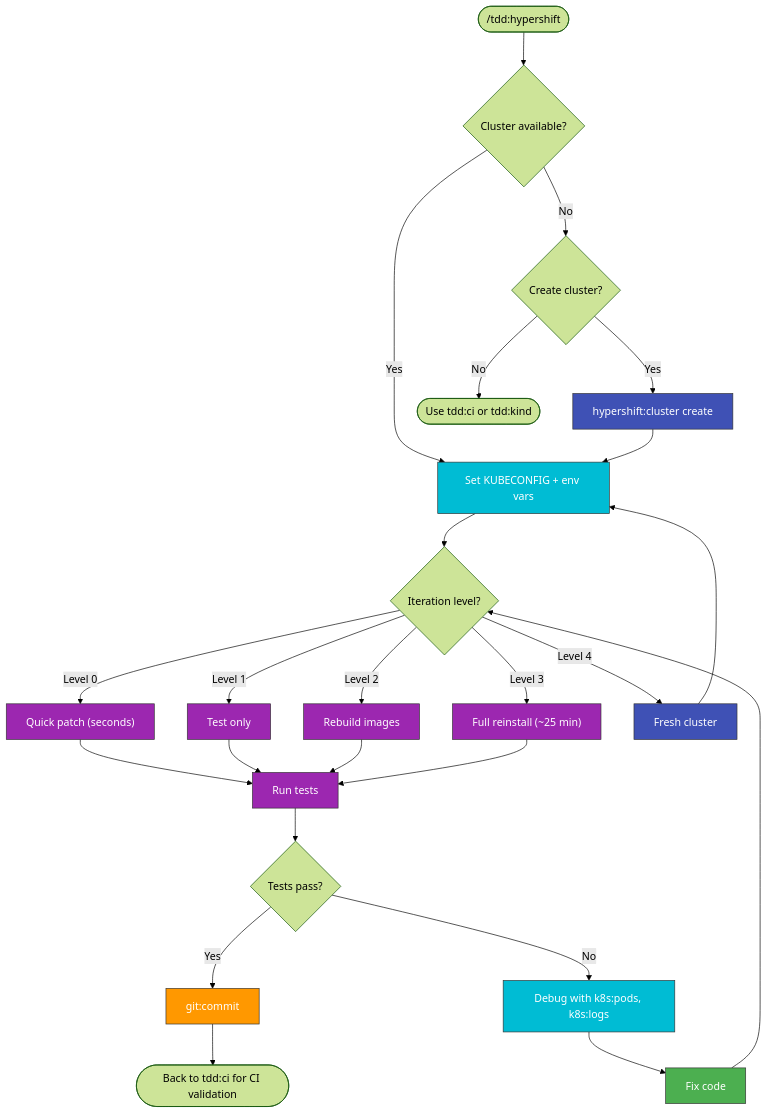
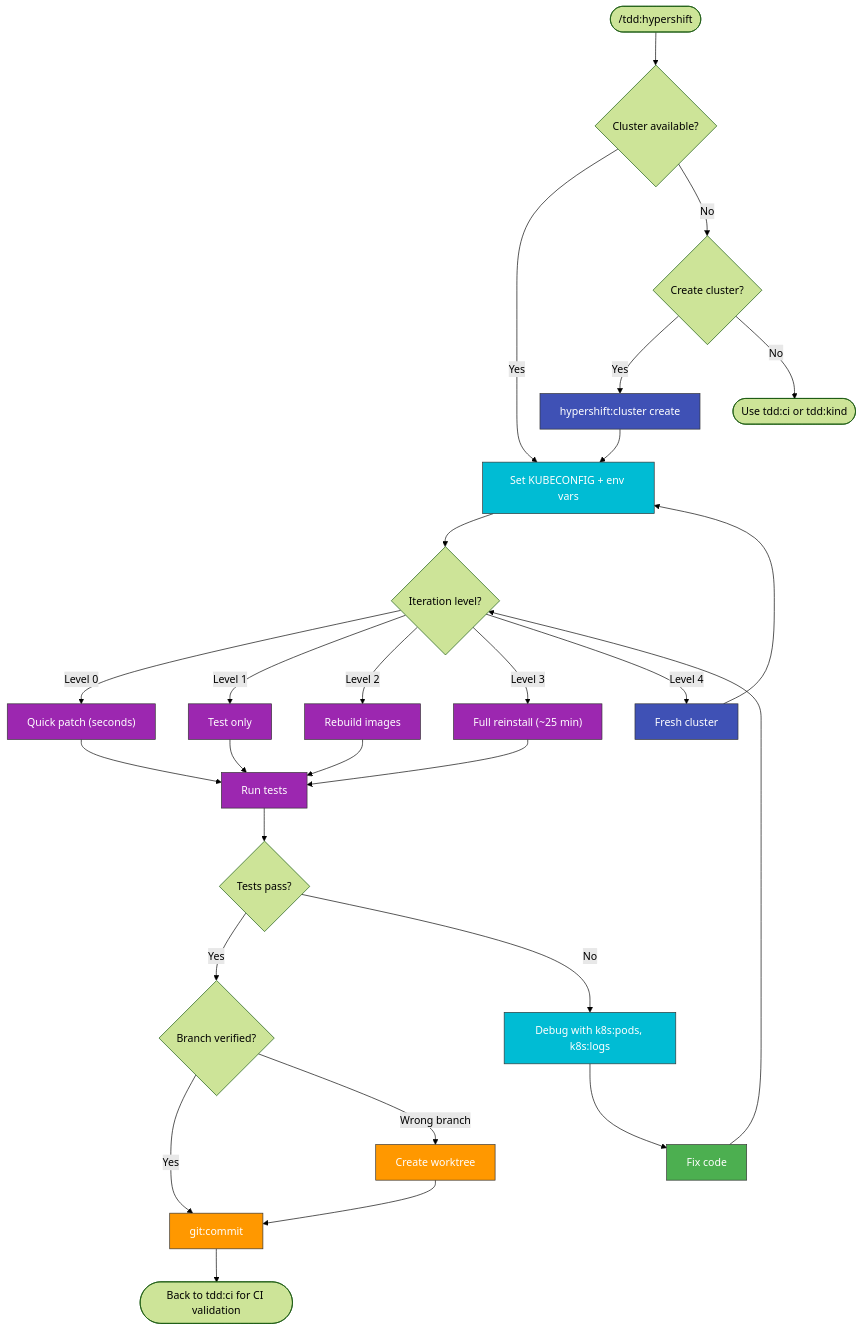
The diagram in .claude/skills/tdd:hypershift/SKILL.md (pdettori/kagenti), drawn with Mermaid (forest theme) before and after one commit. The commit also changed 3 other files, not shown here.

````diff
--- a/.claude/skills/tdd:hypershift/SKILL.md
+++ b/.claude/skills/tdd:hypershift/SKILL.md
@@ -46,39 +46,43 @@
 ```mermaid
 flowchart TD
     START(["/tdd:hypershift"]) --> CLUSTER{"Cluster available?"}
     CLUSTER -->|Yes| SETENV["Set KUBECONFIG + env vars"]:::k8s
     CLUSTER -->|No| ASK{"Create cluster?"}
     ASK -->|Yes| CREATECLUSTER["hypershift:cluster create"]:::hypershift
     ASK -->|No| FALLBACK([Use tdd:ci or tdd:kind])
 
     CREATECLUSTER --> SETENV
 
     SETENV --> ITER{"Iteration level?"}
     ITER -->|Level 0| L0["Quick patch (seconds)"]:::test
     ITER -->|Level 1| L1["Test only"]:::test
     ITER -->|Level 2| L2["Rebuild images"]:::test
     ITER -->|Level 3| L3["Full reinstall (~25 min)"]:::test
     ITER -->|Level 4| L4["Fresh cluster"]:::hypershift
 
     L0 --> TEST["Run tests"]:::test
     L1 --> TEST
     L2 --> TEST
     L3 --> TEST
     L4 --> SETENV
 
     TEST --> RESULT{"Tests pass?"}
-    RESULT -->|Yes| COMMIT["git:commit"]:::git
+    RESULT -->|Yes| BRANCHCHECK{"Branch verified?"}
     RESULT -->|No| DEBUG["Debug with k8s:pods, k8s:logs"]:::k8s
     DEBUG --> FIX["Fix code"]:::tdd
     FIX --> ITER
+
+    BRANCHCHECK -->|Yes| COMMIT["git:commit"]:::git
+    BRANCHCHECK -->|Wrong branch| WORKTREE["Create worktree"]:::git
+    WORKTREE --> COMMIT
 
     COMMIT --> CI([Back to tdd:ci for CI validation])
 
     classDef tdd fill:#4CAF50,stroke:#333,color:white
     classDef rca fill:#FF5722,stroke:#333,color:white
     classDef git fill:#FF9800,stroke:#333,color:white
     classDef k8s fill:#00BCD4,stroke:#333,color:white
     classDef hypershift fill:#3F51B5,stroke:#333,color:white
     classDef ci fill:#2196F3,stroke:#333,color:white
     classDef test fill:#9C27B0,stroke:#333,color:white
 ```
````
